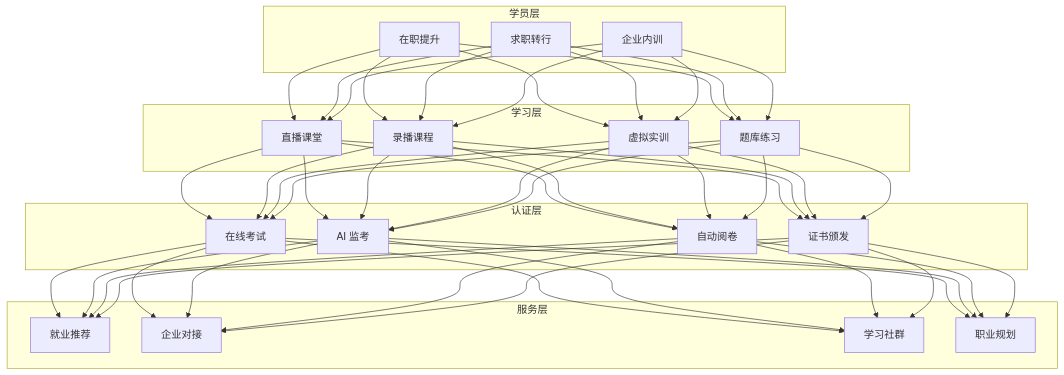
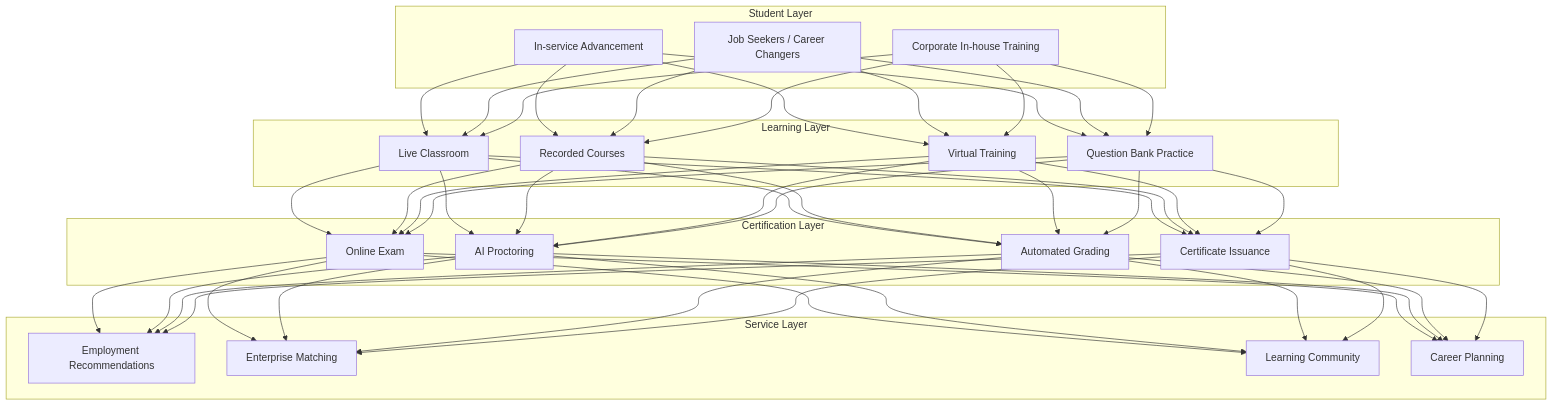
One commit to teaglebuilt/knowledge-tree changed the first of 3 diagrams in tree/application/architecture/vocational-edtech.md. Above: the diagram before and after it, drawn with Mermaid. The commit also changed other lines of this file and 22 other files, not shown here.

````diff
--- a/tree/application/architecture/vocational-edtech.md
+++ b/tree/application/architecture/vocational-edtech.md
@@ -145,33 +149,33 @@
 ```mermaid
 graph TB
-    subgraph 学员层
-        S1[在职提升]
-        S2[求职转行]
-        S3[企业内训]
+    subgraph Student Layer
+        S1[In-service Advancement]
+        S2[Job Seekers / Career Changers]
+        S3[Corporate In-house Training]
     end
 
-    subgraph 学习层
-        L1[直播课堂]
-        L2[录播课程]
-        L3[虚拟实训]
-        L4[题库练习]
+    subgraph Learning Layer
+        L1[Live Classroom]
+        L2[Recorded Courses]
+        L3[Virtual Training]
+        L4[Question Bank Practice]
     end
 
-    subgraph 认证层
-        C1[在线考试]
-        C2[AI 监考]
-        C3[自动阅卷]
-        C4[证书颁发]
+    subgraph Certification Layer
+        C1[Online Exam]
+        C2[AI Proctoring]
+        C3[Automated Grading]
+        C4[Certificate Issuance]
     end
 
-    subgraph 服务层
-        SVC1[就业推荐]
-        SVC2[企业对接]
-        SVC3[学习社群]
-        SVC4[职业规划]
+    subgraph Service Layer
+        SVC1[Employment Recommendations]
+        SVC2[Enterprise Matching]
+        SVC3[Learning Community]
+        SVC4[Career Planning]
     end
 
     S1 & S2 & S3 --> L1 & L2 & L3 & L4
     L1 & L2 & L3 & L4 --> C1 & C2 & C3 & C4
     C1 & C2 & C3 & C4 --> SVC1 & SVC2 & SVC3 & SVC4
 ```
````
